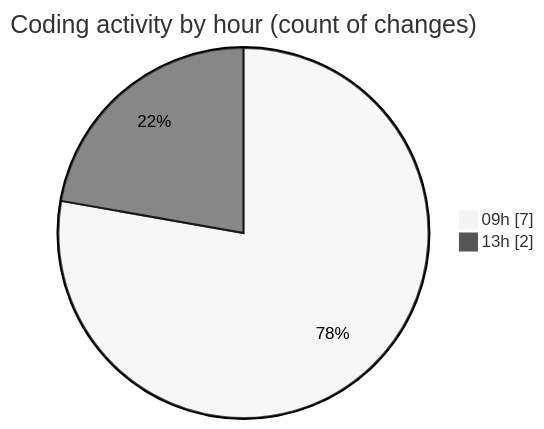
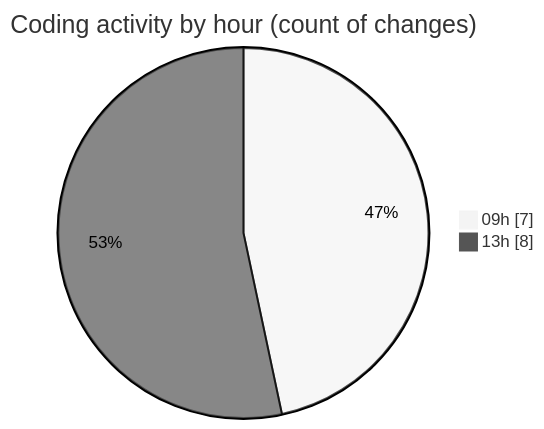
One commit to momahboobian/code-tracking changed the second of 2 diagrams in 2025-01-31/cda/README.md. Above: the diagram before and after it, drawn with Mermaid (neutral theme). The commit also changed other lines of this file and 1 other file, not shown here.

````diff
--- a/2025-01-31/cda/README.md
+++ b/2025-01-31/cda/README.md
@@ -31,6 +32,6 @@
 ```mermaid
 pie showData
 title Coding activity by hour (count of changes)
 "09h" : 7
-"13h" : 2
+"13h" : 8
 ```
````
